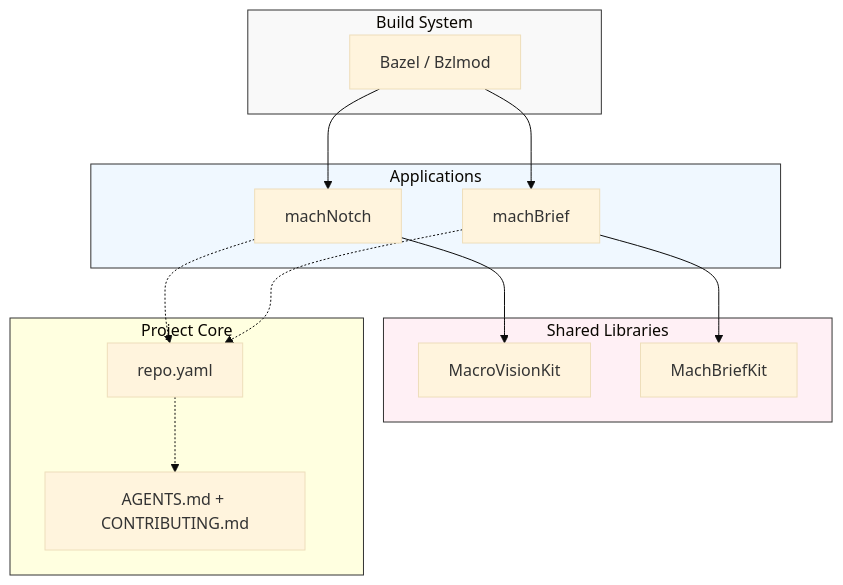
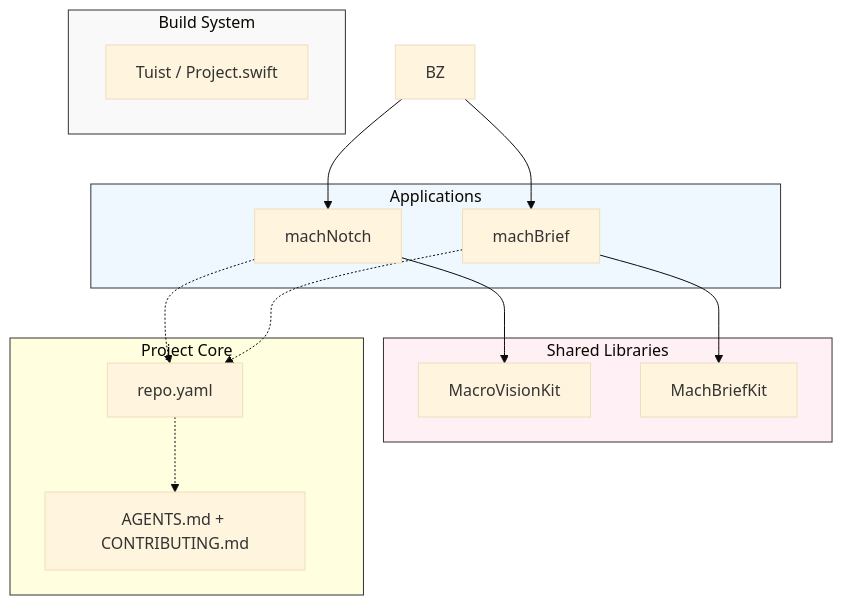
The diagram in README.md (larsboes/mach-mono), drawn with Mermaid (base theme) before and after one commit. The commit also changed other lines of this file and 106 other files, not shown here.

````diff
--- a/README.md
+++ b/README.md
@@ -121,38 +121,38 @@
 ```mermaid
 graph TD
     %% Define Layers
     subgraph BuildOrchestration [Build System]
-        BZ[Bazel / Bzlmod]
+        TU[Tuist / Project.swift]
     end
 
     subgraph Apps [Applications]
         MN[machNotch]
         MB[machBrief]
     end
 
     subgraph Packages [Shared Libraries]
         MVK[MacroVisionKit]
         MBK[MachBriefKit]
     end
 
     subgraph Core [Project Core]
         RY[repo.yaml]
         AG[AGENTS.md + CONTRIBUTING.md]
     end
 
     %% Connections
     BZ --> MN & MB
     
     MN --> MVK
     MB --> MBK
 
     %% Core references
     MN & MB -.-> RY
     RY -.-> AG
 
     %% Styling
     style BuildOrchestration fill:#f9f9f9,stroke:#333
     style Apps fill:#f0f8ff,stroke:#333
     style Packages fill:#fff0f5,stroke:#333
     style Core fill:#ffffe0,stroke:#333
 ```
````
